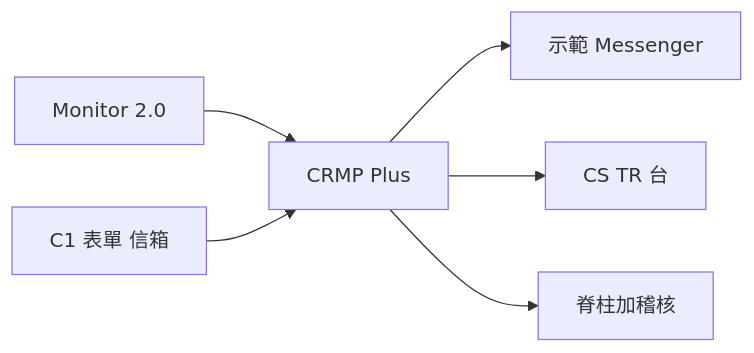
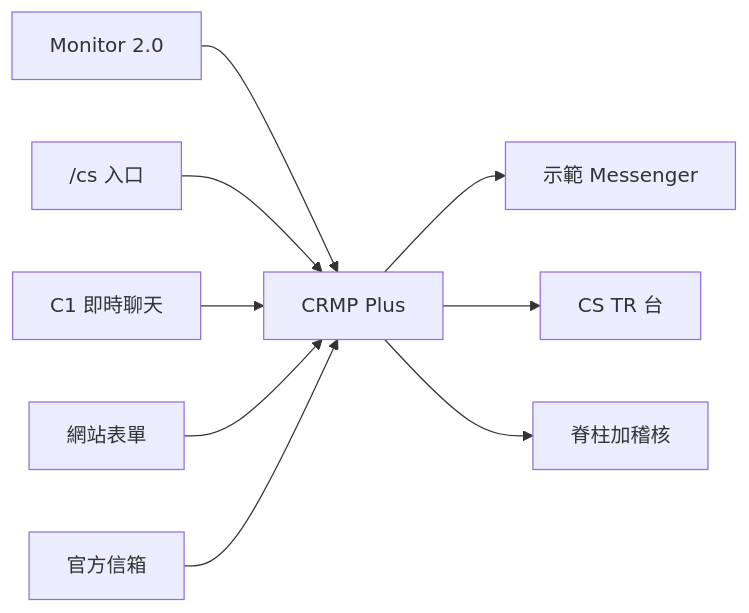
Before and after one commit to hxyan2020/PRD: the first of 10 diagrams in platform/docs/PRD.zh-Hant.md, drawn with Mermaid. The commit also changed other lines of this file and 9 other files, not shown here.

````diff
--- a/platform/docs/PRD.zh-Hant.md
+++ b/platform/docs/PRD.zh-Hant.md
@@ -26,8 +27,11 @@
 ```mermaid
 graph LR
   Mon[Monitor 2.0] --> Plus[CRMP Plus]
-  CsIn[C1 表單 信箱] --> Plus
+  Portal["/cs 入口"] --> Plus
+  C1[C1 即時聊天] --> Plus
+  Form[網站表單] --> Plus
+  Mail[官方信箱] --> Plus
   Plus --> Lark[示範 Messenger]
   Plus --> CsDesk[CS TR 台]
   Plus --> Audit[脊柱加稽核]
 ```
````
